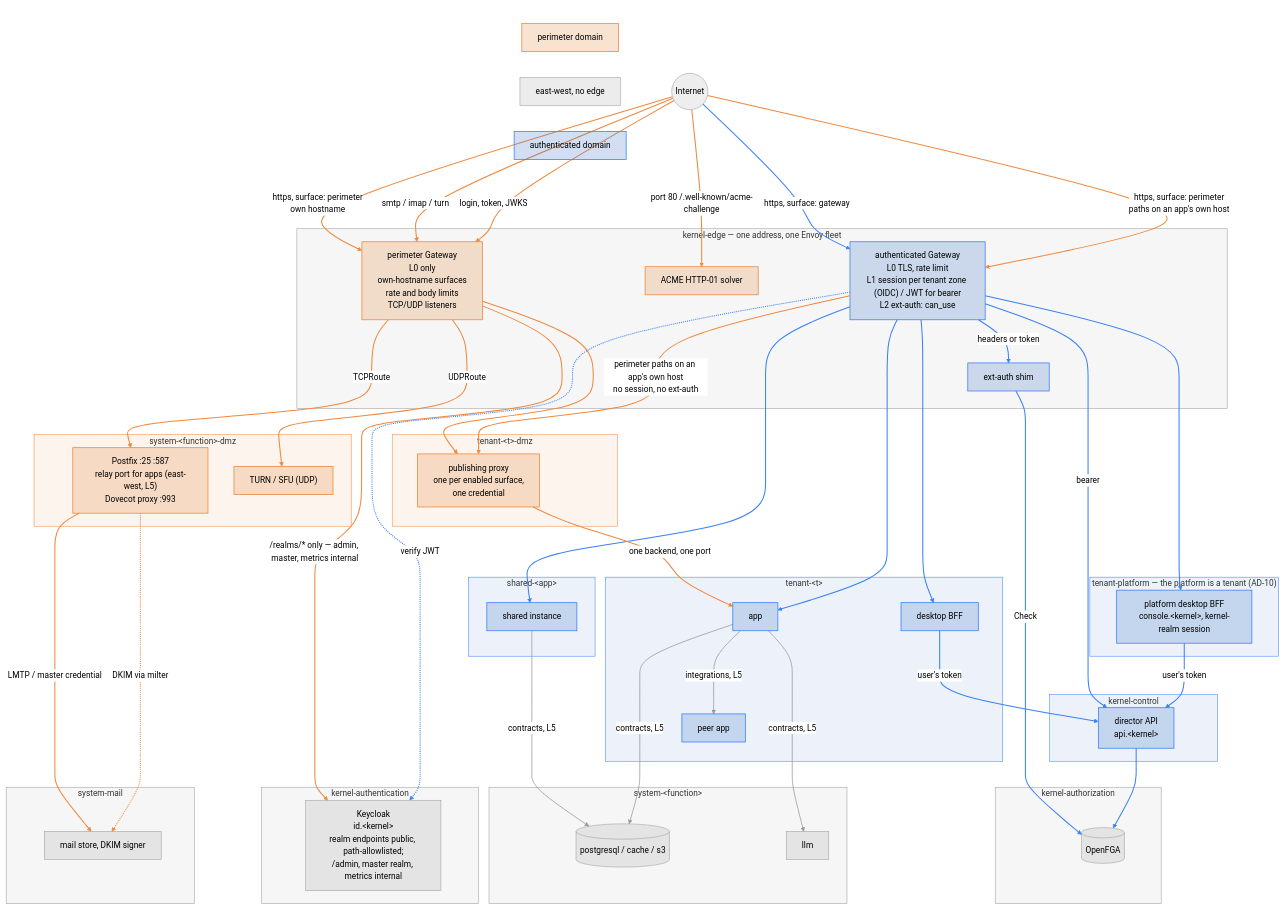
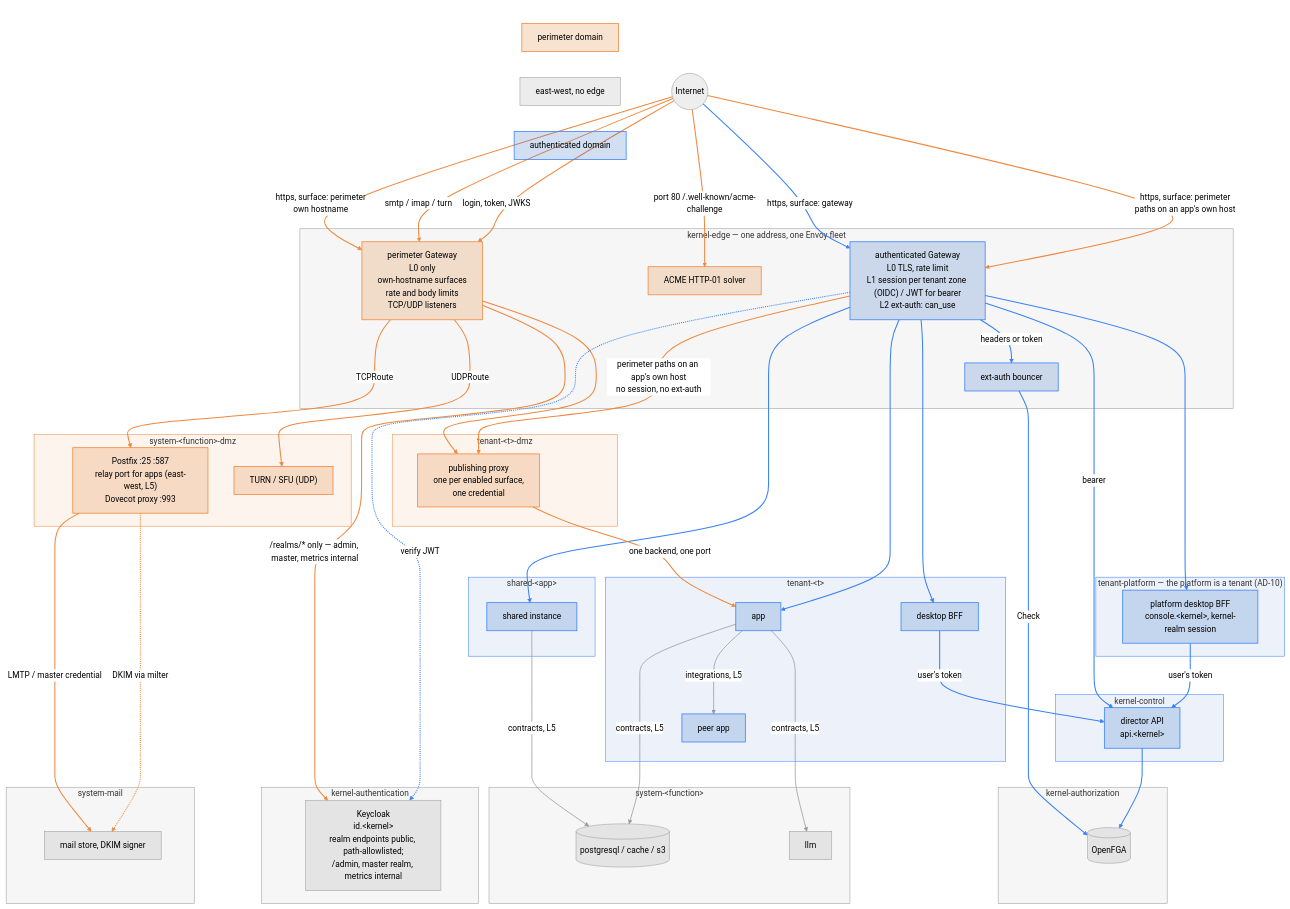
Before and after one commit to gentian-org/gentian-os: the diagram in docs/plans/networking.md, drawn with Mermaid (neutral theme). The commit also changed other lines of this file and 59 other files, not shown here.

First line of the commit message:
The shim is the bouncer; the sign-in router is the concierge

```diff
--- a/docs/plans/networking.md
+++ b/docs/plans/networking.md
@@ -73,7 +73,7 @@
 
     subgraph EDGE["kernel-edge — one address, one Envoy fleet"]
         AG["authenticated Gateway<br/>L0 TLS, rate limit<br/>L1 session per tenant zone (OIDC) / JWT for bearer<br/>L2 ext-auth: can_use"]
-        SHIM["ext-auth shim"]
+        BOUNCER["ext-auth bouncer"]
         ACME["ACME HTTP-01 solver"]
         PG["perimeter Gateway<br/>L0 only<br/>own-hostname surfaces<br/>rate and body limits<br/>TCP/UDP listeners"]
     end
@@ -132,8 +132,8 @@
 
 
     NET -->|"https, surface: gateway"| AG
-    AG -->|"headers or token"| SHIM
-    SHIM -->|"Check"| FGA
+    AG -->|"headers or token"| BOUNCER
+    BOUNCER -->|"Check"| FGA
     AG --> DESK
     AG --> SAPP
     AG --> CON
@@ -168,7 +168,7 @@
     S2 ~~~ TURN
     S2 ~~~ PX
     PX ~~~ S4
-    SHIM ~~~ S3
+    BOUNCER ~~~ S3
     S3 ~~~ DESK
     S3 ~~~ SAPP
     S3 ~~~ CON
@@ -183,7 +183,7 @@
     classDef perim fill:#d9731a33,stroke:#f0883e,stroke-width:1.5px
     classDef ew fill:#80808026,stroke:#9a9a9a
     classDef spacer fill:none,stroke:none
-    class AG,SHIM,DESK,APP,PEER,SAPP,CON,DIR,LA auth
+    class AG,BOUNCER,DESK,APP,PEER,SAPP,CON,DIR,LA auth
     class PG,PX,MTA,TURN,ACME,LP perim
     class KC,FGA,DB,LLM,STORE,LE ew
     class S2,S3,S4,S5 spacer
```
